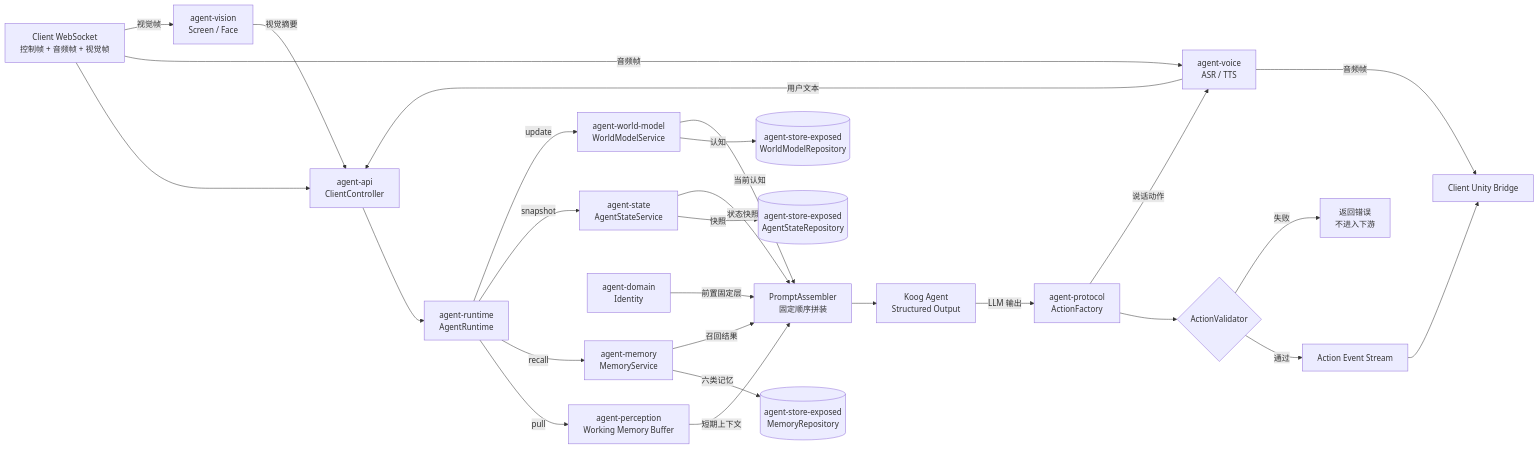
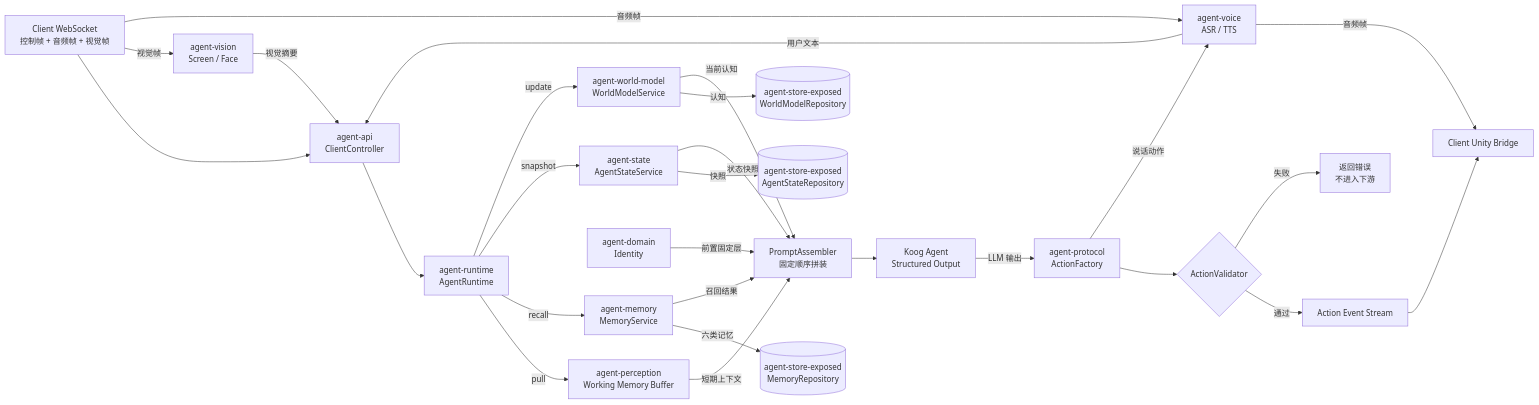
Before and after one commit to ayane-ai/ayane-docs: the second of 2 diagrams in architecture/AgentService工程架构.md, drawn with Mermaid. The commit also changed other lines of this file and 2 other files, not shown here.

First line of the commit message:
docs(architecture): 重构 runtime 为 agent-core SDK 并移除独立部署模式

````diff
--- a/architecture/AgentService工程架构.md
+++ b/architecture/AgentService工程架构.md
@@ -98,34 +94,34 @@
 ```mermaid
 flowchart LR
     In[Client WebSocket<br/>控制帧 + 音频帧 + 视觉帧] --> ClientGW[agent-api<br/>ClientController]
+    In -->|视觉帧| Vision[agent-vision<br/>Screen / Face]
     In -->|音频帧| Voice[agent-voice<br/>ASR / TTS]
-    In -->|视觉帧| Vision[agent-vision<br/>Screen / Face]
+    Vision -->|视觉摘要| ClientGW
     Voice -->|用户文本| ClientGW
-    Vision -->|视觉摘要| ClientGW
     ClientGW --> RT[agent-runtime<br/>AgentRuntime]
 
     RT -->|pull| Perception[agent-perception<br/>Working Memory Buffer]
     RT -->|recall| Memory[agent-memory<br/>MemoryService]
     RT -->|snapshot| State[agent-state<br/>AgentStateService]
     RT -->|update| WM[agent-world-model<br/>WorldModelService]
 
     Memory -->|六类记忆| MemoryRepo[(agent-store-exposed<br/>MemoryRepository)]
     State -->|快照| StateRepo[(agent-store-exposed<br/>AgentStateRepository)]
     WM -->|认知| WMRepo[(agent-store-exposed<br/>WorldModelRepository)]
 
     Perception -->|短期上下文| Assembler
     Memory -->|召回结果| Assembler
     State -->|状态快照| Assembler
     WM -->|当前认知| Assembler
     Identity[agent-domain<br/>Identity] -->|前置固定层| Assembler
 
     Assembler[PromptAssembler<br/>固定顺序拼装] --> Model[Koog Agent<br/>Structured Output]
     Model -->|LLM 输出| Factory
 
     Factory[agent-protocol<br/>ActionFactory] --> Validate{ActionValidator}
     Factory -->|说话动作| Voice
     Validate -->|通过| Stream[Action Event Stream]
     Validate -->|失败| Reject[返回错误<br/>不进入下游]
     Stream --> Client[Client Unity Bridge]
     Voice -->|音频帧| Client
 ```
````
